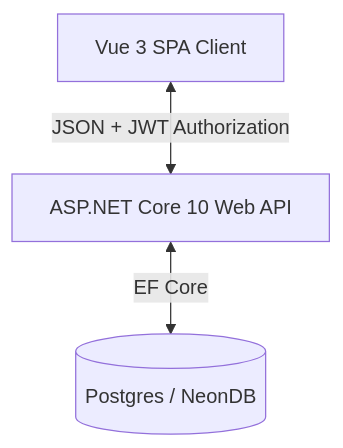
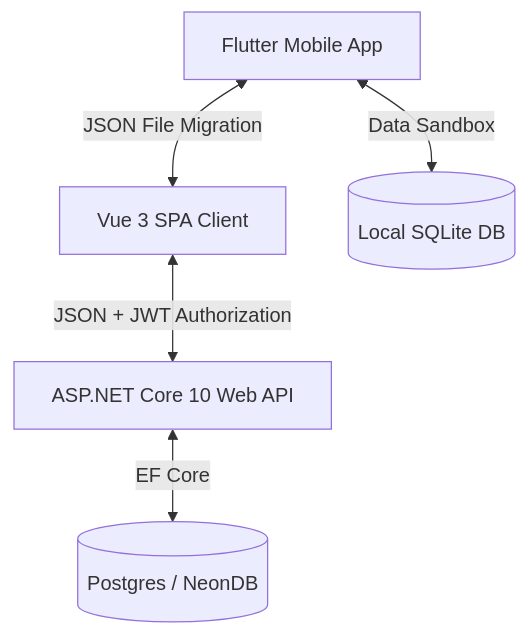
One commit to maruf-pfc/Iqamah changed the diagram in README.md. Above: the diagram before and after it, drawn with Mermaid. The commit also changed other lines of this file and 46 other files, not shown here.

Commit message:
feat(mobile): implement offline Flutter companion app with SQLite, JSON backup/restore, custom launcher icons, and CI/CD workflow

````diff
--- a/README.md
+++ b/README.md
@@ -29,5 +29,7 @@
 ```mermaid
 graph TD
     Client[Vue 3 SPA Client] <-->|JSON + JWT Authorization| API[ASP.NET Core 10 Web API]
     API <-->|EF Core| DB[(Postgres / NeonDB)]
+    Mobile[Flutter Mobile App] <-->|Data Sandbox| LocalDB[(Local SQLite DB)]
+    Mobile <-->|JSON File Migration| Client
 ```
````
